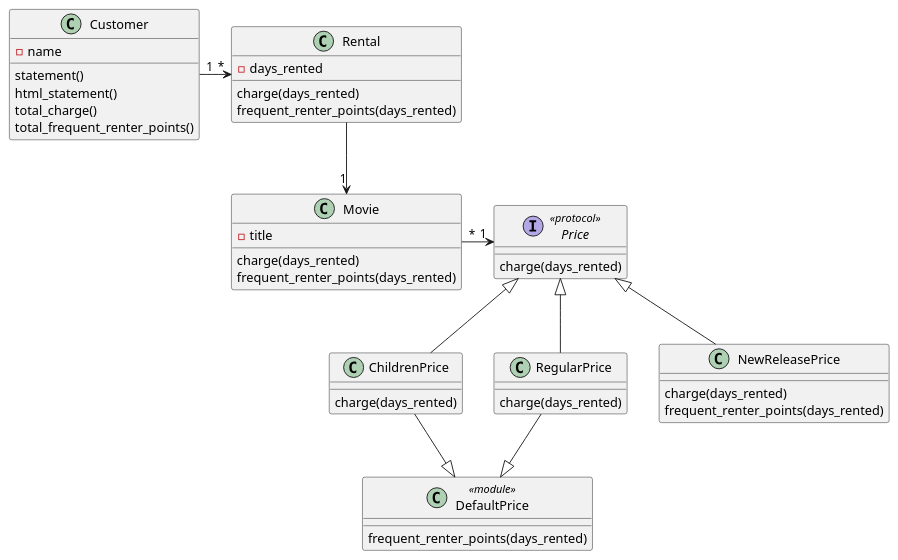
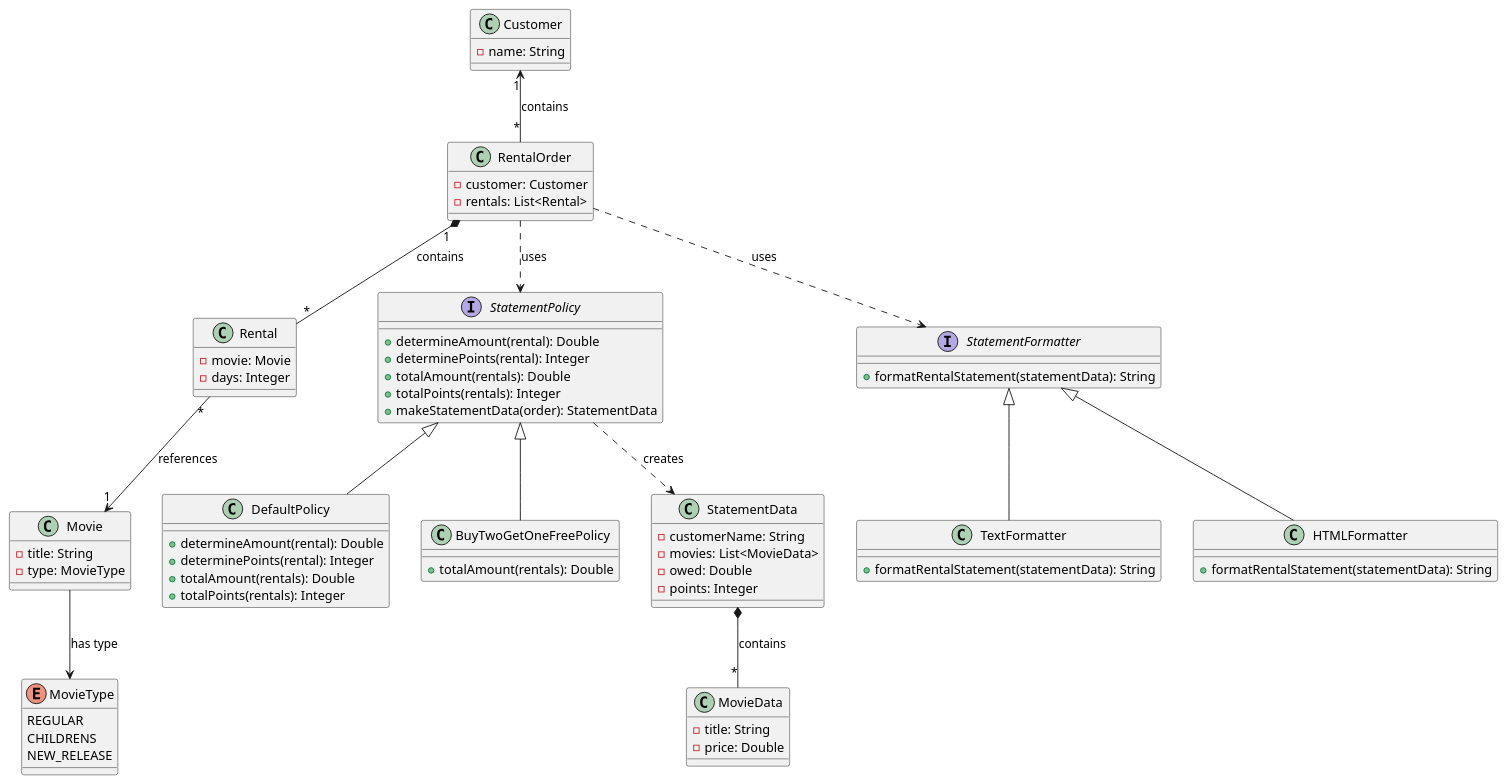
Before and after one commit to k2works/pragmatic-programing-exercise-2025: the fifth of 5 diagrams in app/rentalVideo/README.md, drawn with PlantUML. The commit also changed other lines of this file, not shown here.

````diff
--- a/app/rentalVideo/README.md
+++ b/app/rentalVideo/README.md
@@ -64,56 +155,90 @@
 ```plantuml
 @startuml
 
-Movie "1"<-u- Rental
-Rental "*"<-l- "1"Customer
-Movie "*"-r->"1"Price
-Price <|-d- ChildrenPrice
-Price <|-d- RegularPrice
-Price <|-d- NewReleasePrice
-DefaultPrice <|-u- RegularPrice
-DefaultPrice <|-u- ChildrenPrice
+Customer "1" <-- "*" RentalOrder : contains
+RentalOrder "1" *-- "*" Rental : contains
+Rental "*" --> "1" Movie : references
+Movie --> MovieType : has type
 
-class Movie {
-- title
-charge(days_rented)
-frequent_renter_points(days_rented)
+StatementPolicy <|-- DefaultPolicy
+StatementPolicy <|-- BuyTwoGetOneFreePolicy
+
+StatementFormatter <|-- TextFormatter
+StatementFormatter <|-- HTMLFormatter
+
+RentalOrder ..> StatementPolicy : uses
+RentalOrder ..> StatementFormatter : uses
+
+enum MovieType {
+  REGULAR
+  CHILDRENS
+  NEW_RELEASE
+}
+
+class Customer {
+  - name: String
+}
+
+class RentalOrder {
+  - customer: Customer
+  - rentals: List<Rental>
 }
 
 class Rental {
-- days_rented
-charge(days_rented)
-frequent_renter_points(days_rented)
+  - movie: Movie
+  - days: Integer
 }
 
-class Customer {
-- name
-statement()
-html_statement()
-total_charge()
-total_frequent_renter_points()
+class Movie {
+  - title: String
+  - type: MovieType
 }
 
-interface Price<<protocol>> {
-charge(days_rented)
+interface StatementPolicy {
+  + determineAmount(rental): Double
+  + determinePoints(rental): Integer
+  + totalAmount(rentals): Double
+  + totalPoints(rentals): Integer
+  + makeStatementData(order): StatementData
 }
 
-class NewReleasePrice {
-charge(days_rented)
-frequent_renter_points(days_rented)
+class DefaultPolicy {
+  + determineAmount(rental): Double
+  + determinePoints(rental): Integer
+  + totalAmount(rentals): Double
+  + totalPoints(rentals): Integer
 }
 
-class RegularPrice {
-charge(days_rented)
+class BuyTwoGetOneFreePolicy {
+  + totalAmount(rentals): Double
 }
 
-class ChildrenPrice {
-charge(days_rented)
+interface StatementFormatter {
+  + formatRentalStatement(statementData): String
 }
 
-class DefaultPrice<<module>> {
-frequent_renter_points(days_rented)
+class TextFormatter {
+  + formatRentalStatement(statementData): String
 }
 
+class HTMLFormatter {
+  + formatRentalStatement(statementData): String
+}
+
+class StatementData {
+  - customerName: String
+  - movies: List<MovieData>
+  - owed: Double
+  - points: Integer
+}
+
+class MovieData {
+  - title: String
+  - price: Double
+}
+
+StatementPolicy ..> StatementData : creates
+StatementData *-- "*" MovieData : contains
 
 @enduml
 ```
````
